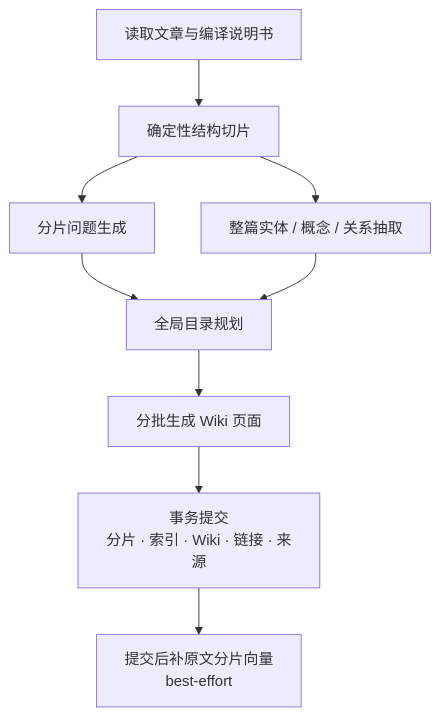
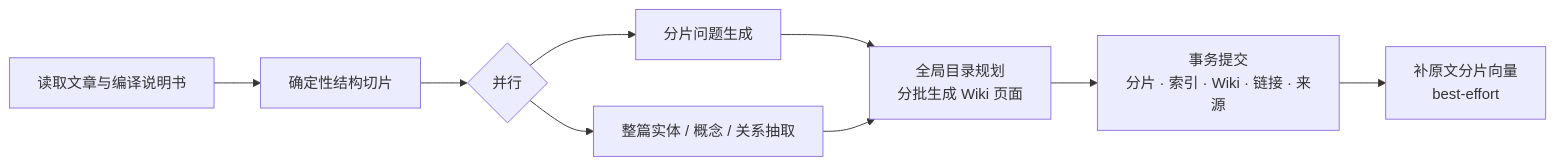
One commit to Ciao1019/Petrichor changed the second of 3 diagrams in docs/agent/rag.md. Above: the diagram before and after it, drawn with Mermaid.

Commit message:
docs: compact knowledge build diagram

````diff
--- a/docs/agent/rag.md
+++ b/docs/agent/rag.md
@@ -99,11 +99,11 @@
 ```mermaid
-flowchart TD
+flowchart LR
   load["读取文章与编译说明书"] --> chunk["确定性结构切片"]
-  chunk --> questions["分片问题生成"]
-  chunk --> extract["整篇实体 / 概念 / 关系抽取"]
-  questions --> plan["全局目录规划"]
-  extract --> plan
-  plan --> pages["分批生成 Wiki 页面"]
+  chunk --> parallel{"并行"}
+  parallel --> questions["分片问题生成"]
+  parallel --> extract["整篇实体 / 概念 / 关系抽取"]
+  questions --> pages["全局目录规划<br/>分批生成 Wiki 页面"]
+  extract --> pages
   pages --> tx["事务提交<br/>分片 · 索引 · Wiki · 链接 · 来源"]
-  tx --> vectors["提交后补原文分片向量<br/>best-effort"]
+  tx --> vectors["补原文分片向量<br/>best-effort"]
 ```
````
